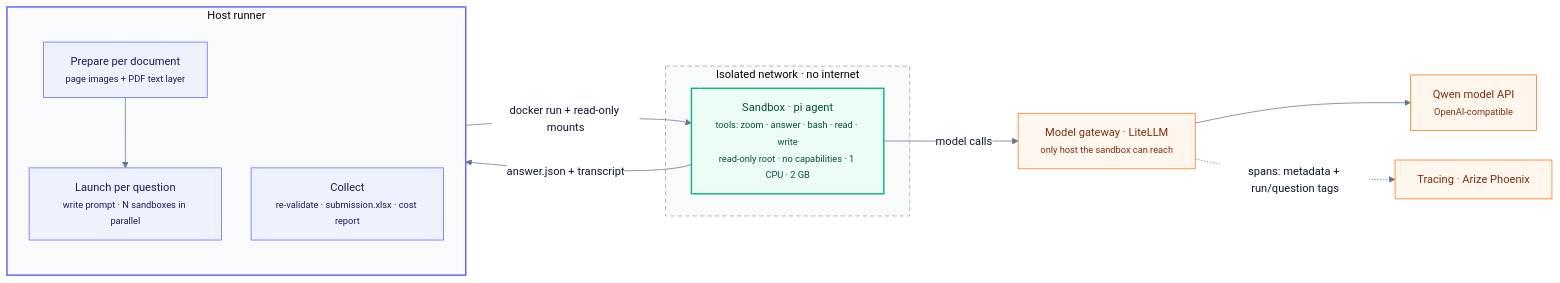
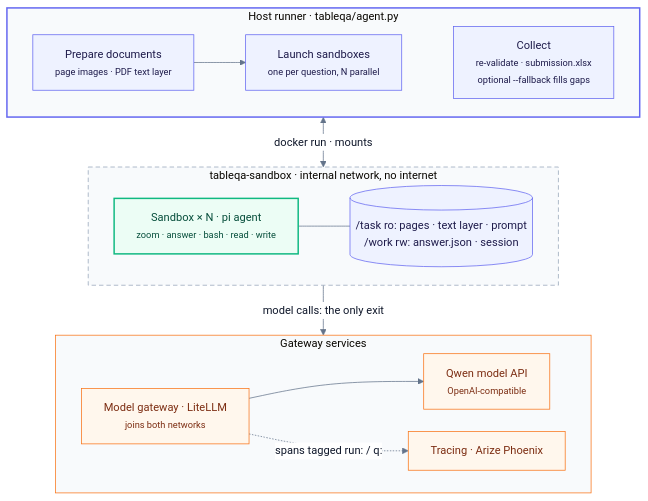
One commit to eric15342335/AIFep-FDU.github.io changed the diagram in docs/diagrams/architecture.mmd. Above: the diagram before and after it, drawn with Mermaid. The commit also changed 5 other files, not shown here.

First line of the commit message:
Redraw diagrams after design review

```diff
--- a/docs/diagrams/architecture.mmd
+++ b/docs/diagrams/architecture.mmd
@@ -1,33 +1,41 @@
-%%{init: {"theme": "base", "themeVariables": {"fontSize": "15px", "lineColor": "#64748b", "primaryTextColor": "#0f172a", "edgeLabelBackground": "#ffffff"}, "flowchart": {"nodeSpacing": 40, "rankSpacing": 70}}}%%
+%%{init: {"theme": "base", "themeVariables": {"fontSize": "15px", "lineColor": "#64748b", "primaryTextColor": "#0f172a", "edgeLabelBackground": "#ffffff"}, "flowchart": {"nodeSpacing": 30, "rankSpacing": 45, "wrappingWidth": 280}}}%%
 %% Components and trust boundaries of the agentic harness.
-flowchart LR
-    subgraph HOST["Host runner"]
-        direction TB
-        prep["Prepare per document<br/><small>page images + PDF text layer</small>"]
-        launch["Launch per question<br/><small>write prompt · N sandboxes in parallel</small>"]
-        collect["Collect<br/><small>re-validate · submission.xlsx · cost report</small>"]
-        prep --> launch
+%% Edges between subgraphs (not their nodes) keep each subgraph's own direction.
+flowchart TB
+    subgraph HOST["Host runner · tableqa/agent.py"]
+        direction LR
+        prep["Prepare documents<br/><small>page images · PDF text layer</small>"]
+        launch["Launch sandboxes<br/><small>one per question, N parallel</small>"]
+        collect["Collect<br/><small>re-validate · submission.xlsx</small><br/><small>optional --fallback fills gaps</small>"]
+        prep --> launch ~~~ collect
     end
 
-    subgraph NET["Isolated network · no internet"]
-        agent["Sandbox · pi agent<br/><small>tools: zoom · answer · bash · read · write</small><br/><small>read-only root · no capabilities · 1 CPU · 2 GB</small>"]
+    subgraph NET["tableqa-sandbox · internal network, no internet"]
+        direction LR
+        agent["Sandbox × N · pi agent<br/><small>zoom · answer · bash · read · write</small>"]
+        files[("/task ro: pages · text layer · prompt<br/>/work rw: answer.json · session")]
+        agent --- files
     end
 
-    gw["Model gateway · LiteLLM<br/><small>only host the sandbox can reach</small>"]
-    model["Qwen model API<br/><small>OpenAI-compatible</small>"]
-    trace["Tracing · Arize Phoenix"]
+    subgraph SVC["Gateway services"]
+        direction LR
+        gw["Model gateway · LiteLLM<br/><small>joins both networks</small>"]
+        model["Qwen model API<br/><small>OpenAI-compatible</small>"]
+        trace["Tracing · Arize Phoenix"]
+        gw --> model
+        gw -. "spans tagged run: / q:" .-> trace
+    end
 
-    launch -- "docker run + read-only mounts" --> agent
-    agent -- "answer.json + transcript" --> collect
-    agent -- "model calls" --> gw
-    gw --> model
-    gw -. "spans: metadata + run/question tags" .-> trace
+    HOST <-->|"docker run · mounts"| NET
+    NET -- "model calls: the only exit" --> SVC
 
     classDef host fill:#eef2ff,stroke:#6366f1,color:#1e1b4b
     classDef box fill:#ecfdf5,stroke:#10b981,color:#064e3b,stroke-width:2px
     classDef ext fill:#fff7ed,stroke:#f97316,color:#7c2d12
     class prep,launch,collect host
     class agent box
+    class files host
     class gw,model,trace ext
     style HOST fill:#f8fafc,stroke:#6366f1,stroke-width:2px
     style NET fill:#f8fafc,stroke:#94a3b8,stroke-dasharray:6 4
+    style SVC fill:#f8fafc,stroke:#f97316
```
